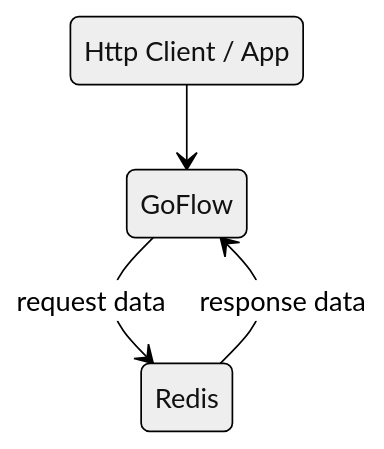
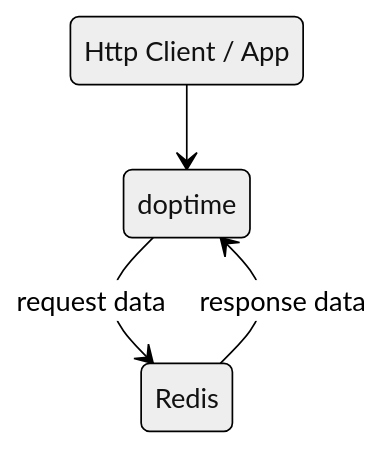
Before and after one commit to doptime/doptime-website: the second of 2 diagrams in docs/data/GoFlow作为数据库框架.mdx, drawn with Mermaid (neutral theme). The commit also changed other lines of this file and 17 other files, not shown here.

````diff
--- a/docs/data/GoFlow作为数据库框架.mdx
+++ b/docs/data/GoFlow作为数据库框架.mdx
@@ -23,8 +23,8 @@
 ```mermaid
 stateDiagram-v2
 StateClient: Http Client / App
-StateClient --> GoFlow
-GoFlow: GoFlow
-GoFlow --> Redis :request data
-Redis --> GoFlow : response data
+StateClient --> doptime
+doptime: doptime
+doptime --> Redis :request data
+Redis --> doptime : response data
 ```
````
